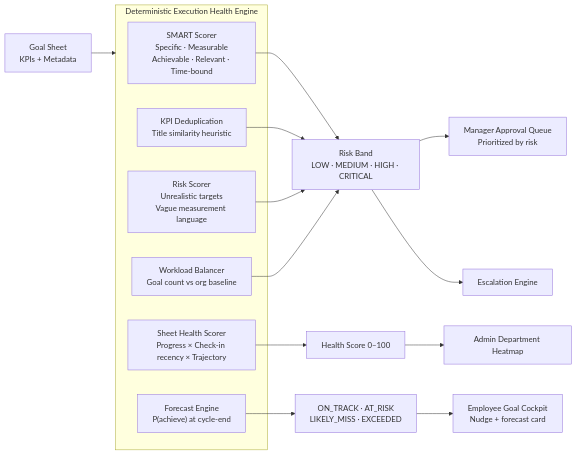
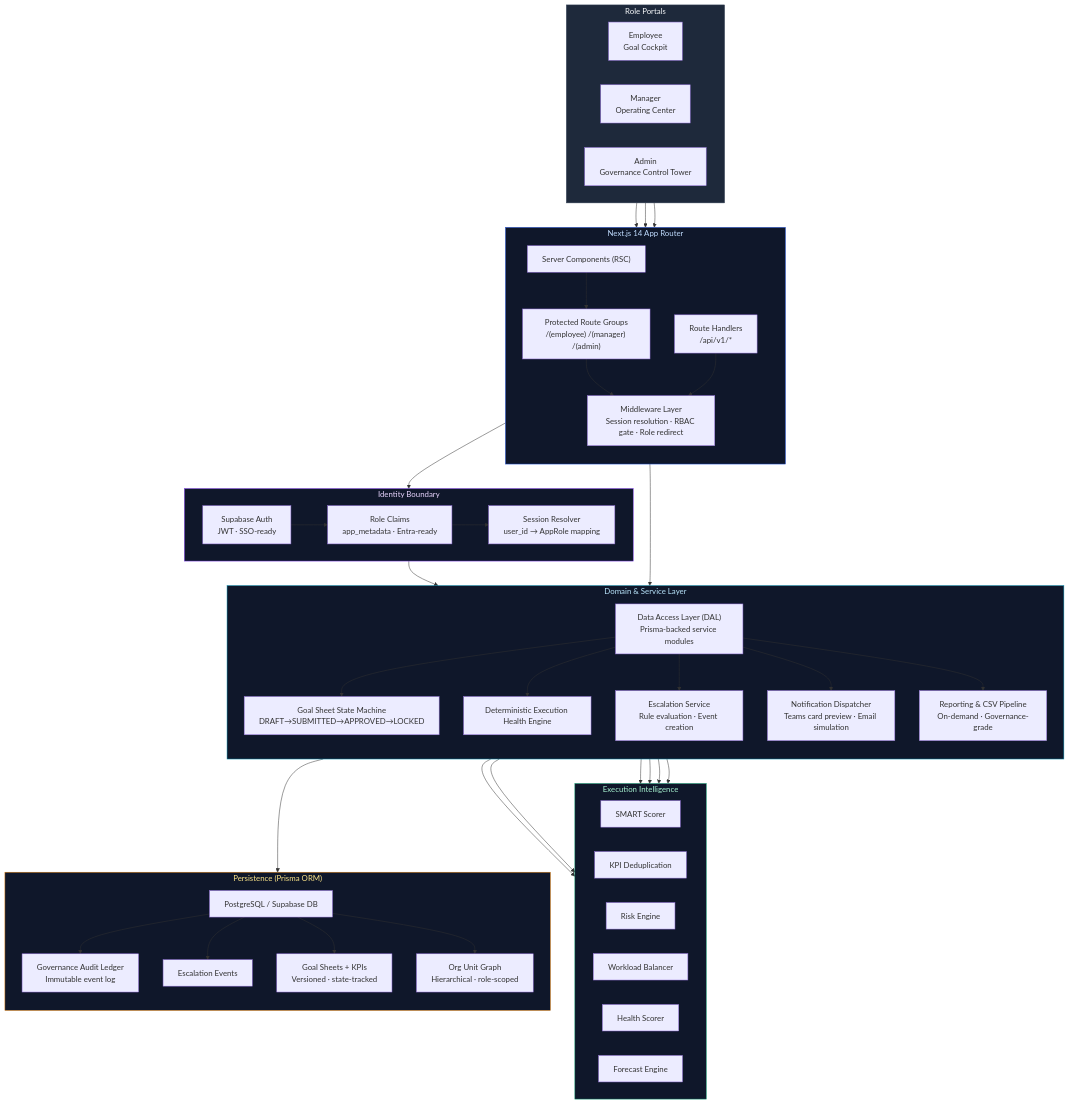
One commit to tanx1509/alignops changed the second of 2 diagrams in README.md. Above: the diagram before and after it, drawn with Mermaid. The commit also changed other lines of this file, not shown here.

````diff
--- a/README.md
+++ b/README.md
@@ -328,26 +233,78 @@
 ```mermaid
-flowchart LR
-  GoalSheet["Goal Sheet\nKPIs + Metadata"] --> IntelligenceEngine
+flowchart TB
+  subgraph Portals["Role Portals"]
+    direction LR
+    E["Employee\nGoal Cockpit"]
+    M["Manager\nOperating Center"]
+    A["Admin\nGovernance Control Tower"]
+  end
 
-  subgraph IntelligenceEngine["Deterministic Execution Health Engine"]
-    SMART["SMART Scorer\nSpecific · Measurable\nAchievable · Relevant · Time-bound"]
-    Dupe["KPI Deduplication\nTitle similarity heuristic"]
-    Risk["Risk Scorer\nUnrealistic targets\nVague measurement language"]
-    Workload["Workload Balancer\nGoal count vs org baseline"]
-    Health["Sheet Health Scorer\nProgress × Check-in recency × Trajectory"]
-    Forecast["Forecast Engine\nP(achieve) at cycle-end"]
-  end
+  subgraph Frontend["Next.js 14 App Router"]
+    direction TB
+    RSC["Server Components (RSC)"]
+    Routes["Protected Route Groups\n/(employee) /(manager) /(admin)"]
+    APIRoutes["Route Handlers\n/api/v1/*"]
+    Middleware["Middleware Layer\nSession resolution · RBAC gate · Role redirect"]
+  end
 
-  SMART --> RiskBand["Risk Band\nLOW · MEDIUM · HIGH · CRITICAL"]
-  Dupe --> RiskBand
-  Risk --> RiskBand
-  Workload --> RiskBand
-  Health --> HealthScore["Health Score 0–100"]
-  Forecast --> ForecastLabel["ON_TRACK · AT_RISK\nLIKELY_MISS · EXCEEDED"]
+  subgraph Identity["Identity Boundary"]
+    direction LR
+    SupaAuth["Supabase Auth\nJWT · SSO-ready"]
+    RoleClaims["Role Claims\napp_metadata · Entra-ready"]
+    SessionResolver["Session Resolver\nuser_id → AppRole mapping"]
+  end
 
-  RiskBand --> ManagerQueue["Manager Approval Queue\nPrioritized by risk"]
-  RiskBand --> EscalationRules["Escalation Engine"]
-  HealthScore --> AdminHeatmap["Admin Department Heatmap"]
-  ForecastLabel --> EmployeeCockpit["Employee Goal Cockpit\nNudge + forecast card"]
+  subgraph Domain["Domain & Service Layer"]
+    direction TB
+    DAL["Data Access Layer (DAL)\nPrisma-backed service modules"]
+    StateMachine["Goal Sheet State Machine\nDRAFT→SUBMITTED→APPROVED→LOCKED"]
+    IntelEngine["Deterministic Execution Health Engine"]
+    EscalationSvc["Escalation Service\nRule evaluation · Event creation"]
+    NotifSvc["Notification Dispatcher\nTeams card preview · Email simulation"]
+    ReportSvc["Reporting & CSV Pipeline\nOn-demand · Governance-grade"]
+  end
+
+  subgraph Intelligence["Execution Intelligence"]
+    direction LR
+    SMART["SMART Scorer"]
+    KPIDupe["KPI Deduplication"]
+    RiskEngine["Risk Engine"]
+    WorkloadBalancer["Workload Balancer"]
+    HealthScorer["Health Scorer"]
+    ForecastEngine["Forecast Engine"]
+  end
+
+  subgraph Persistence["Persistence (Prisma ORM)"]
+    direction TB
+    PG["PostgreSQL / Supabase DB"]
+    AuditLedger["Governance Audit Ledger\nImmutable event log"]
+    EscLog["Escalation Events"]
+    GoalSheets["Goal Sheets + KPIs\nVersioned · state-tracked"]
+    OrgGraph["Org Unit Graph\nHierarchical · role-scoped"]
+  end
+
+  E & M & A --> RSC
+  RSC --> Routes
+  Routes --> Middleware
+  APIRoutes --> Middleware
+  Middleware --> SupaAuth
+  SupaAuth --> RoleClaims --> SessionResolver
+  SessionResolver --> DAL
+  Middleware --> DAL
+  DAL --> StateMachine
+  DAL --> IntelEngine
+  DAL --> EscalationSvc
+  DAL --> NotifSvc
+  DAL --> ReportSvc
+  IntelEngine --> SMART & KPIDupe & RiskEngine & WorkloadBalancer & HealthScorer & ForecastEngine
+  DAL --> PG
+  PG --> AuditLedger & EscLog & GoalSheets & OrgGraph
+
+  style Portals fill:#1e293b,stroke:#334155,color:#f8fafc
+  style Frontend fill:#0f172a,stroke:#1d4ed8,color:#bfdbfe
+  style Identity fill:#0f172a,stroke:#7c3aed,color:#e9d5ff
+  style Domain fill:#0f172a,stroke:#0891b2,color:#bae6fd
+  style Intelligence fill:#0f172a,stroke:#059669,color:#a7f3d0
+  style Persistence fill:#0f172a,stroke:#d97706,color:#fde68a
 
 ```
````
